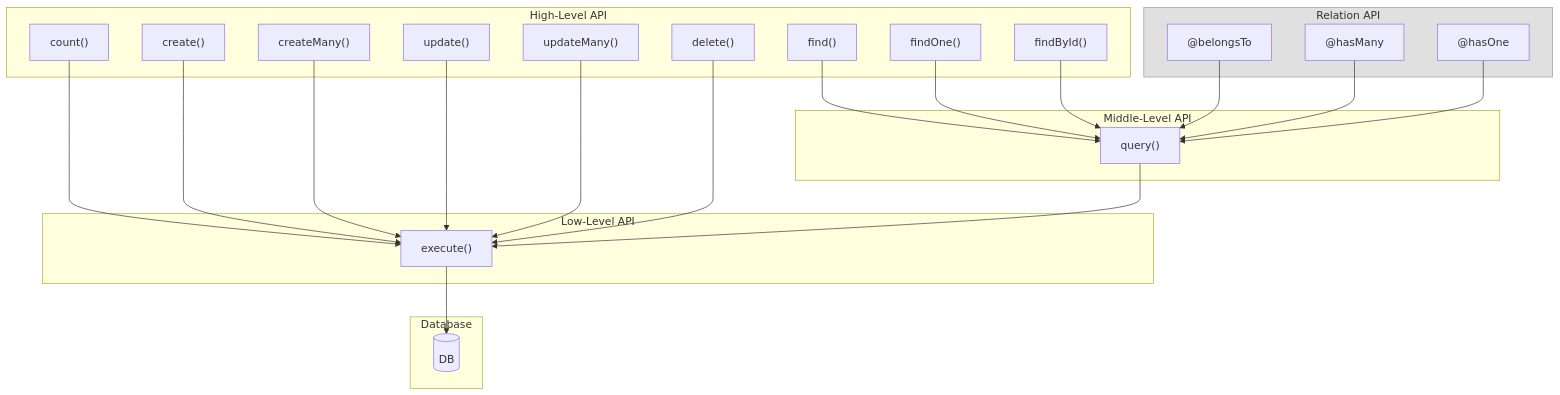
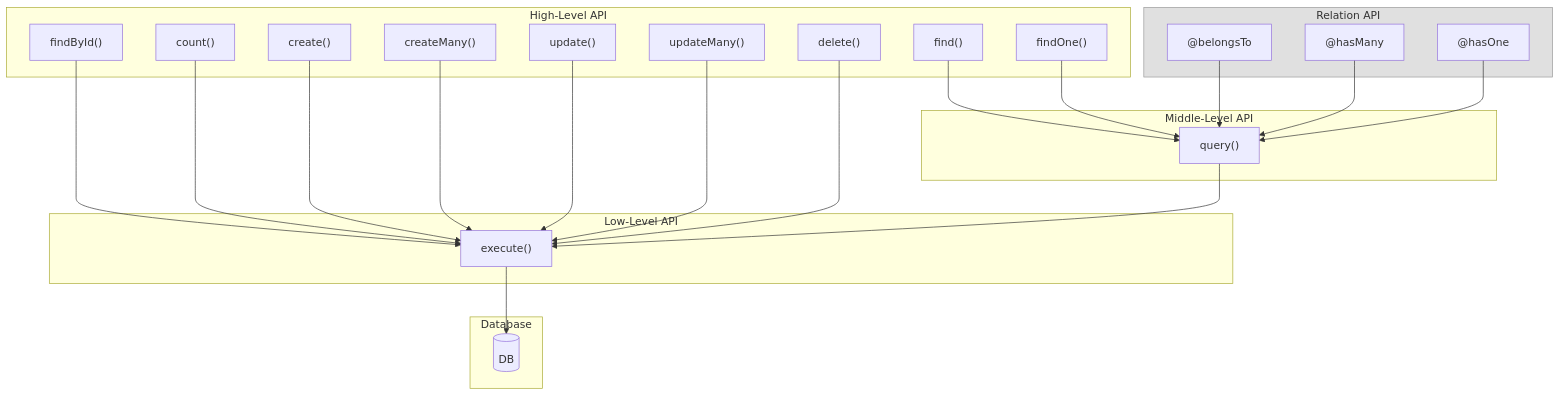
The diagram in README.md (foo-ogawa/litedbmodel.ts), drawn with Mermaid before and after one commit. The commit also changed other lines of this file and 7 other files, not shown here.

````diff
--- a/README.md
+++ b/README.md
@@ -787,52 +787,52 @@
 ```mermaid
 flowchart TD
     subgraph "High-Level API"
         find["find()"]
         findOne["findOne()"]
         findById["findById()"]
         count["count()"]
         create["create()"]
         createMany["createMany()"]
         update["update()"]
         updateMany["updateMany()"]
         delete["delete()"]
     end
     
     subgraph RelationAPI["Relation API"]
         belongsTo["@belongsTo"]
         hasMany["@hasMany"]
         hasOne["@hasOne"]
     end
     
     subgraph "Middle-Level API"
         query["query()"]
     end
     
     subgraph "Low-Level API"
         execute["execute()"]
     end
     
     subgraph "Database"
         DB[(DB)]
     end
     
     find --> query
     findOne --> query
-    findById --> query
+    findById --> execute
     
     belongsTo --> query
     hasMany --> query
     hasOne --> query
     
     count --> execute
     create --> execute
     createMany --> execute
     update --> execute
     updateMany --> execute
     delete --> execute
     
     query --> execute
     execute --> DB
     
     style RelationAPI fill:#e0e0e0,stroke:#999
 ```
````
